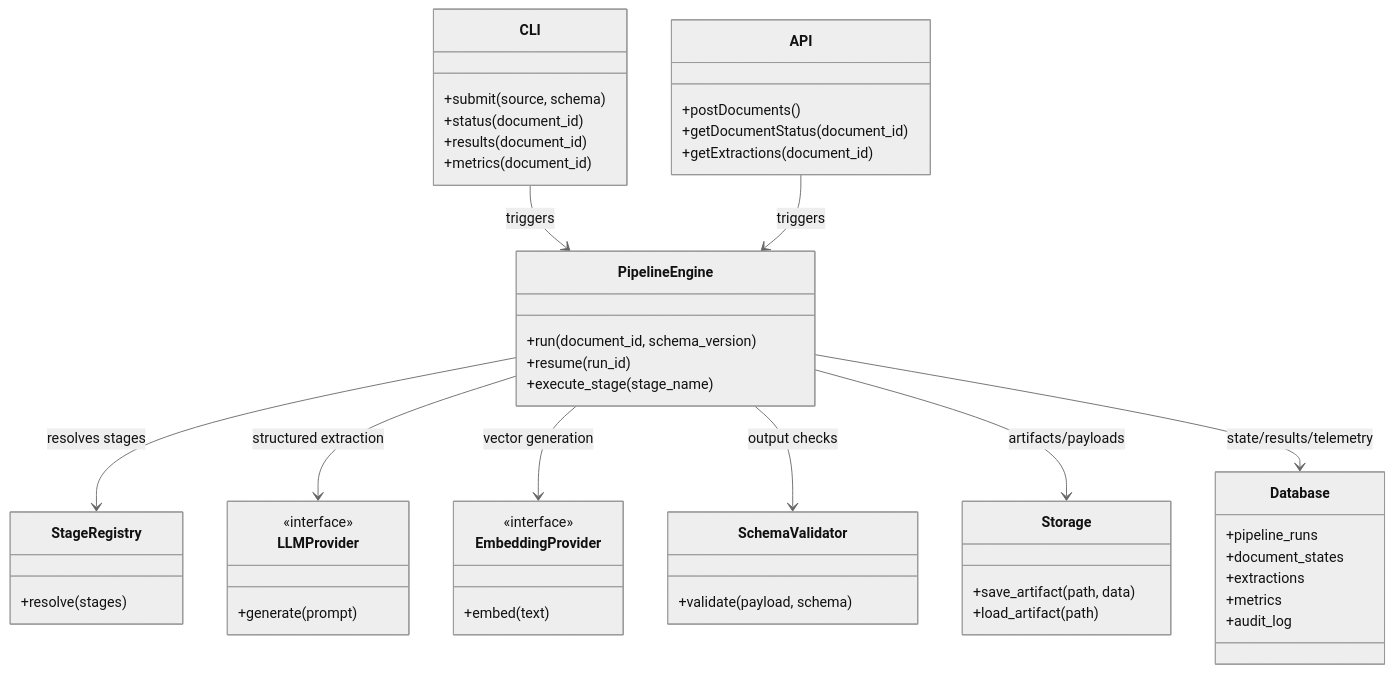
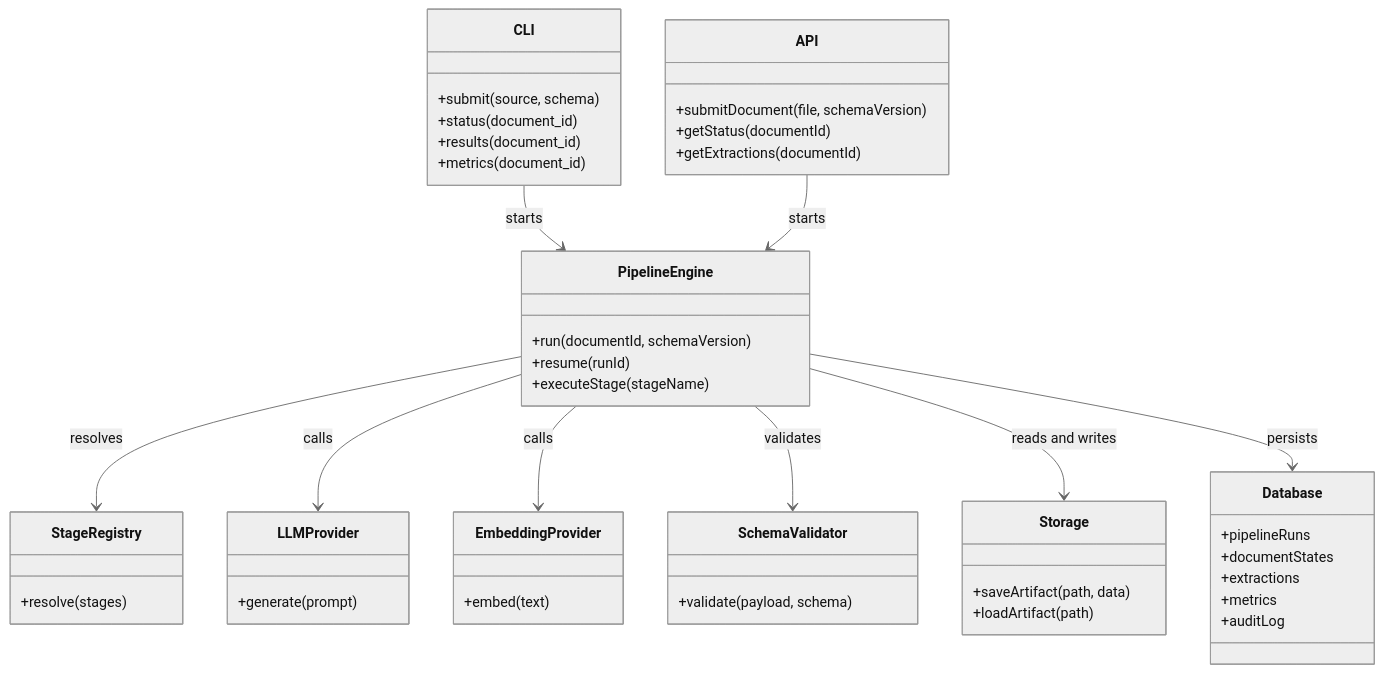
One commit to hari7261/DocAgentLine changed the first of 4 diagrams in README.md. Above: the diagram before and after it, drawn with Mermaid (neutral theme).

Commit message:
docs: make high-level UML diagram render-safe

````diff
--- a/README.md
+++ b/README.md
@@ -18,62 +18,59 @@
 ```mermaid
 classDiagram
     class CLI {
       +submit(source, schema)
       +status(document_id)
       +results(document_id)
       +metrics(document_id)
     }
 
     class API {
-      +postDocuments()
-      +getDocumentStatus(document_id)
-      +getExtractions(document_id)
+      +submitDocument(file, schemaVersion)
+      +getStatus(documentId)
+      +getExtractions(documentId)
     }
 
     class PipelineEngine {
-      +run(document_id, schema_version)
-      +resume(run_id)
-      +execute_stage(stage_name)
+      +run(documentId, schemaVersion)
+      +resume(runId)
+      +executeStage(stageName)
     }
 
     class StageRegistry {
       +resolve(stages)
     }
 
     class LLMProvider {
       +generate(prompt)
     }
 
     class EmbeddingProvider {
       +embed(text)
     }
 
     class SchemaValidator {
       +validate(payload, schema)
     }
 
     class Storage {
-      +save_artifact(path, data)
-      +load_artifact(path)
+      +saveArtifact(path, data)
+      +loadArtifact(path)
     }
 
     class Database {
-      +pipeline_runs
-      +document_states
+      +pipelineRuns
+      +documentStates
       +extractions
       +metrics
-      +audit_log
+      +auditLog
     }
 
-    <<interface>> LLMProvider
-    <<interface>> EmbeddingProvider
-
-    CLI --> PipelineEngine : triggers
-    API --> PipelineEngine : triggers
-    PipelineEngine --> StageRegistry : resolves stages
-    PipelineEngine --> LLMProvider : structured extraction
-    PipelineEngine --> EmbeddingProvider : vector generation
-    PipelineEngine --> SchemaValidator : output checks
-    PipelineEngine --> Storage : artifacts/payloads
-    PipelineEngine --> Database : state/results/telemetry
+    CLI --> PipelineEngine : starts
+    API --> PipelineEngine : starts
+    PipelineEngine --> StageRegistry : resolves
+    PipelineEngine --> LLMProvider : calls
+    PipelineEngine --> EmbeddingProvider : calls
+    PipelineEngine --> SchemaValidator : validates
+    PipelineEngine --> Storage : reads and writes
+    PipelineEngine --> Database : persists
 ```
````
